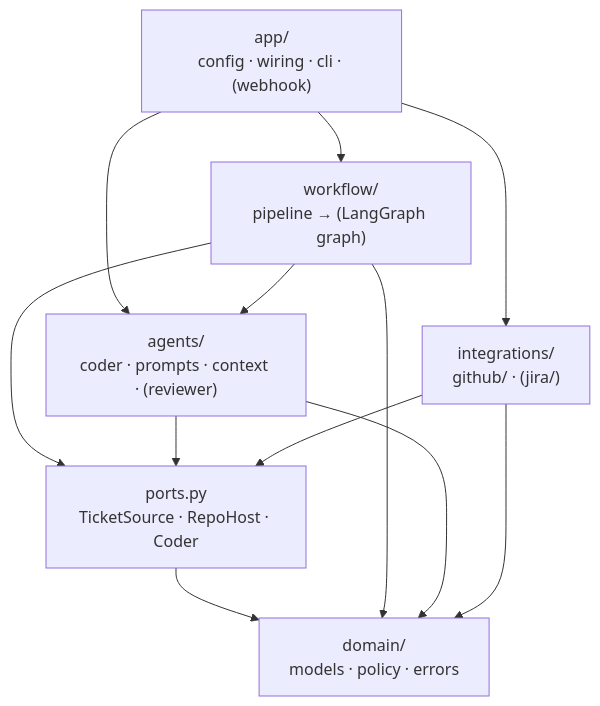
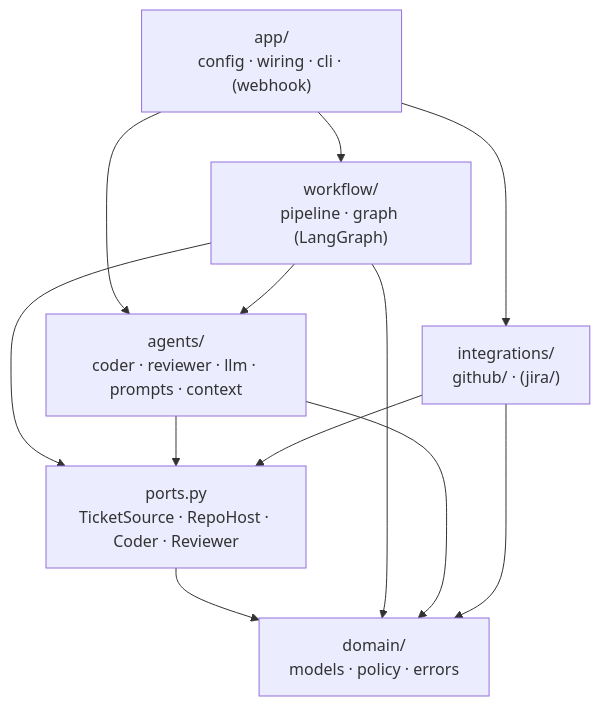
Before and after one commit to SumanthKumar1210/autonomous_coding_agent: the first of 3 diagrams in ARCHITECTURE.md, drawn with Mermaid. The commit also changed other lines of this file and 27 other files, not shown here.

First line of the commit message:
Add LangGraph orchestration with reviewer agent (Phase 1, increment 2)

````diff
--- a/ARCHITECTURE.md
+++ b/ARCHITECTURE.md
@@ -84,21 +89,21 @@
 ```mermaid
 flowchart TB
     app["app/<br/>config · wiring · cli · (webhook)"]
-    workflow["workflow/<br/>pipeline → (LangGraph graph)"]
-    agents["agents/<br/>coder · prompts · context · (reviewer)"]
+    workflow["workflow/<br/>pipeline · graph (LangGraph)"]
+    agents["agents/<br/>coder · reviewer · llm · prompts · context"]
     integrations["integrations/<br/>github/ · (jira/)"]
-    ports["ports.py<br/>TicketSource · RepoHost · Coder"]
+    ports["ports.py<br/>TicketSource · RepoHost · Coder · Reviewer"]
     domain["domain/<br/>models · policy · errors"]
 
     app --> workflow
     app --> integrations
     app --> agents
     workflow --> ports
     workflow --> agents
     agents --> ports
     integrations --> ports
     ports --> domain
     workflow --> domain
     agents --> domain
     integrations --> domain
 ```
````
